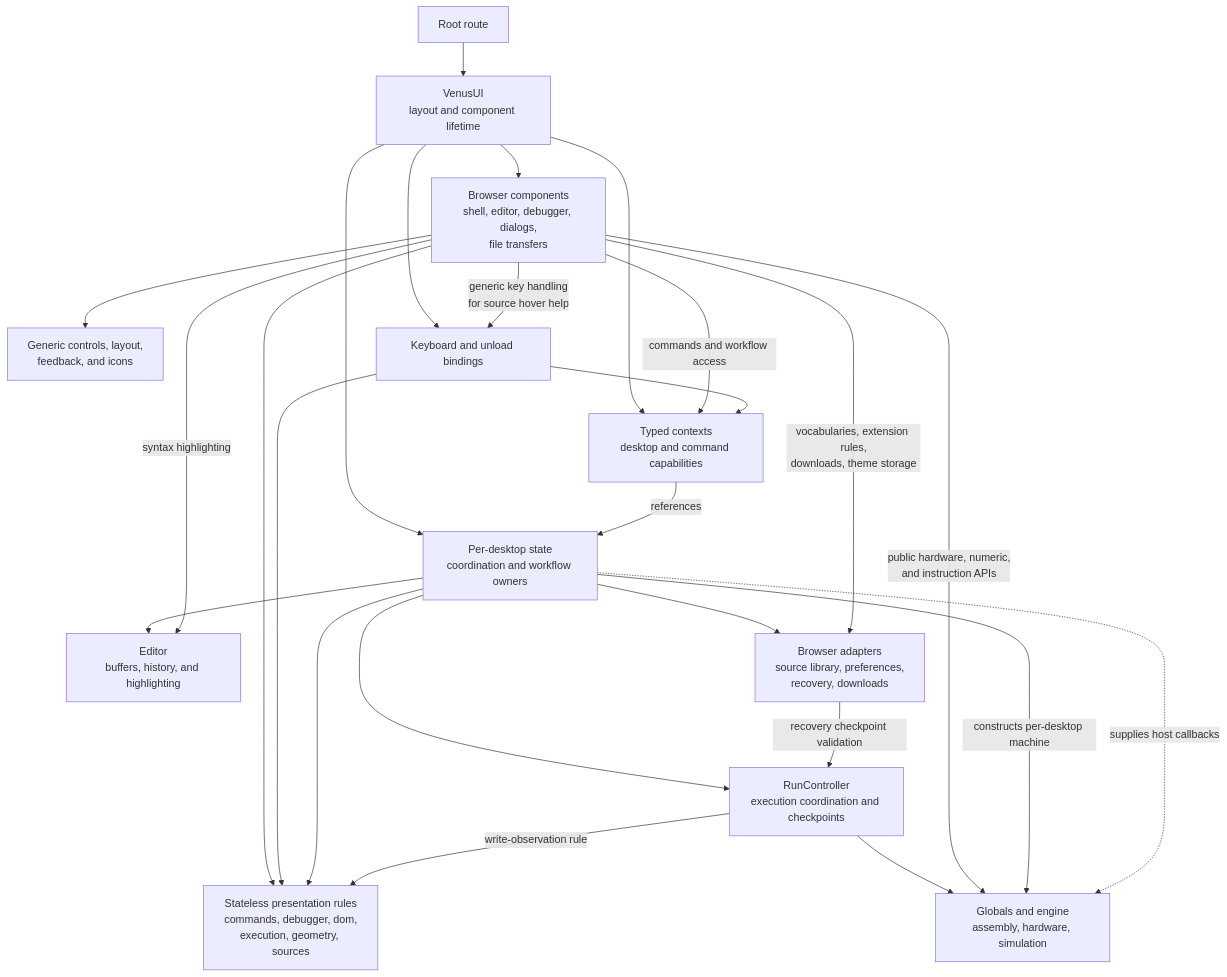
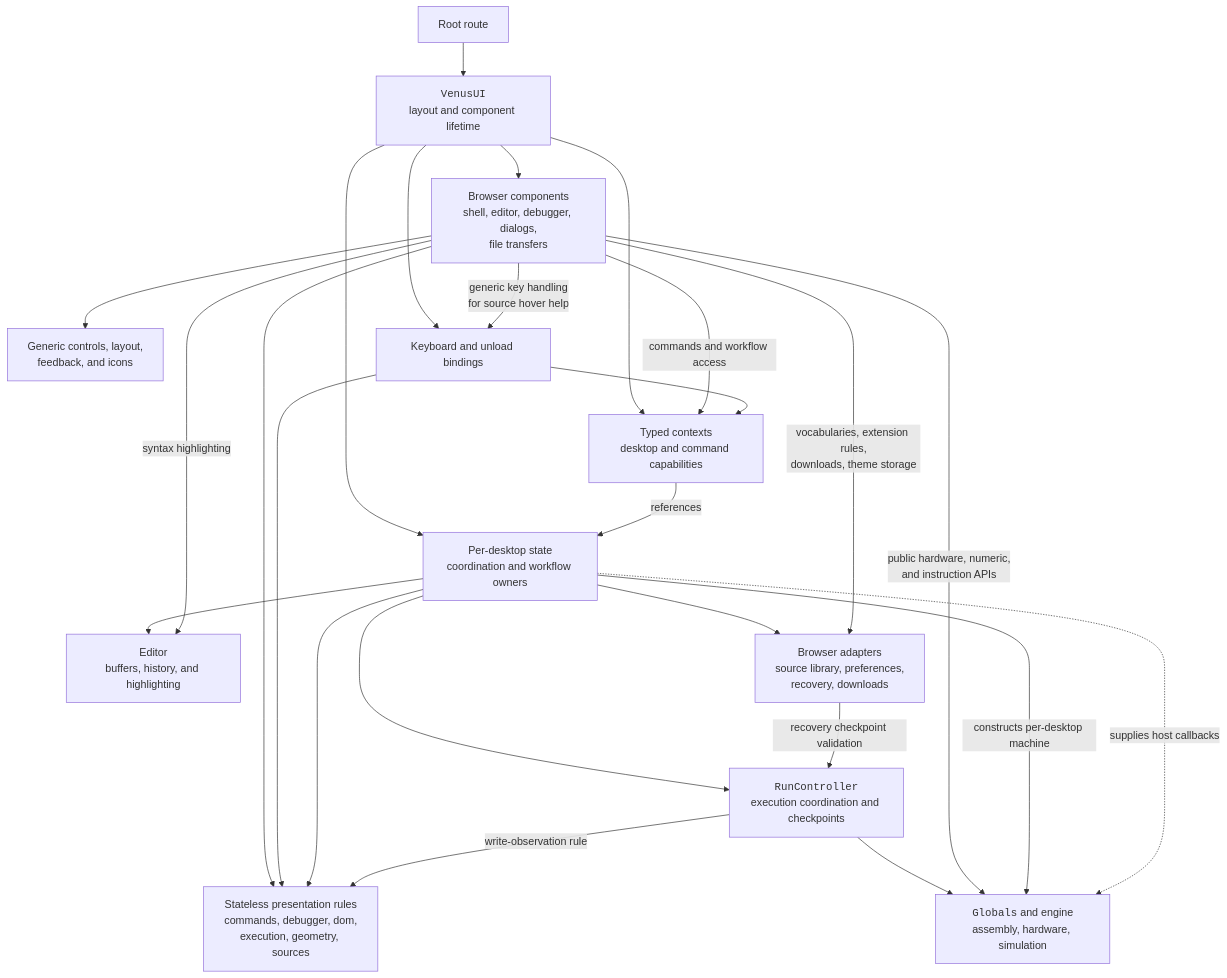
One commit to awpala/MARS-ts changed the first of 2 diagrams in src/lib/venus/README.md. Above: the diagram before and after it, drawn with Mermaid. The commit also changed 9 other files, not shown here.

Commit message:
chore: add code/monospace formatting to diagram blocks

````diff
--- a/src/lib/venus/README.md
+++ b/src/lib/venus/README.md
@@ -15,27 +15,27 @@
 ```mermaid
 flowchart TB
-    Route["Root route"] --> Root["VenusUI<br/>layout and component lifetime"]
+    Route["Root route"] --> Root["<code>VenusUI</code><br/>layout and component lifetime"]
     Root --> State["Per-desktop state<br/>coordination and workflow owners"]
     Root --> Context["Typed contexts<br/>desktop and command capabilities"]
     Context -->|references| State
     Root --> Views["Browser components<br/>shell, editor, debugger, dialogs,<br/>file transfers"]
     Views -->|commands and workflow access| Context
     Views --> Primitives["Generic controls, layout,<br/>feedback, and icons"]
     Root --> Hooks["Keyboard and unload bindings"]
     Hooks --> Context
     Views -->|"generic key handling<br/>for source hover help"| Hooks
     Views --> Utilities["Stateless presentation rules<br/>commands, debugger, dom,<br/>execution, geometry, sources"]
     Hooks --> Utilities
     State --> Utilities
     State --> Editor["Editor<br/>buffers, history, and highlighting"]
     Views -->|syntax highlighting| Editor
     State --> Browser["Browser adapters<br/>source library, preferences,<br/>recovery, downloads"]
     Views -->|"vocabularies, extension rules,<br/>downloads, theme storage"| Browser
-    State --> Controller["RunController<br/>execution coordination and checkpoints"]
+    State --> Controller["<code>RunController</code><br/>execution coordination and checkpoints"]
     Browser -->|"recovery checkpoint validation"| Controller
-    Controller --> Engine["Globals and engine<br/>assembly, hardware, simulation"]
+    Controller --> Engine["<code>Globals</code> and engine<br/>assembly, hardware, simulation"]
     Controller -->|"write-observation rule"| Utilities
     Views -->|"public hardware, numeric,<br/>and instruction APIs"| Engine
     State -->|constructs per-desktop machine| Engine
     State -.->|supplies host callbacks| Engine
 ```
````
